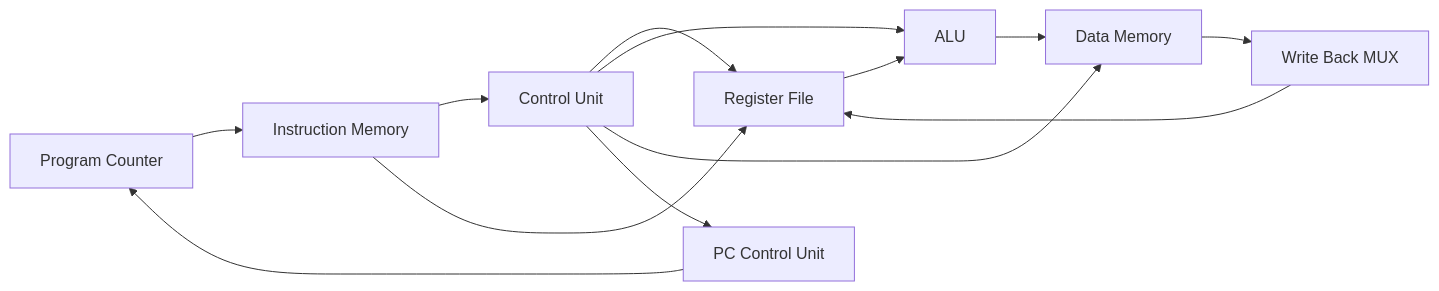
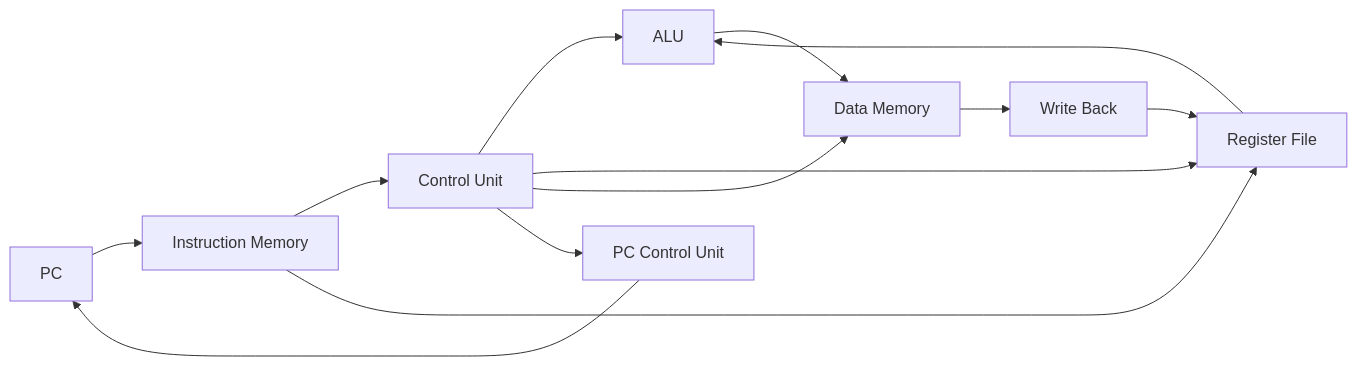
The diagram in README.md (lanaSys77/32bit-CPU-Design-Logisim), drawn with Mermaid before and after one commit. The commit also changed other lines of this file, not shown here.

````diff
--- a/README.md
+++ b/README.md
@@ -35,16 +33,17 @@
 ```mermaid
 flowchart LR
-    PC[Program Counter] --> IM[Instruction Memory]
+    PC --> IM[Instruction Memory]
     IM --> CU[Control Unit]
     IM --> REG[Register File]
-    REG --> ALU[ALU]
+    REG --> ALU
     ALU --> DM[Data Memory]
-    DM --> WB[Write Back MUX]
+    DM --> WB[Write Back]
     WB --> REG
 
+    CU --> ALU
     CU --> REG
-    CU --> ALU
     CU --> DM
     CU --> PCU[PC Control Unit]
+
     PCU --> PC
 ```
````
